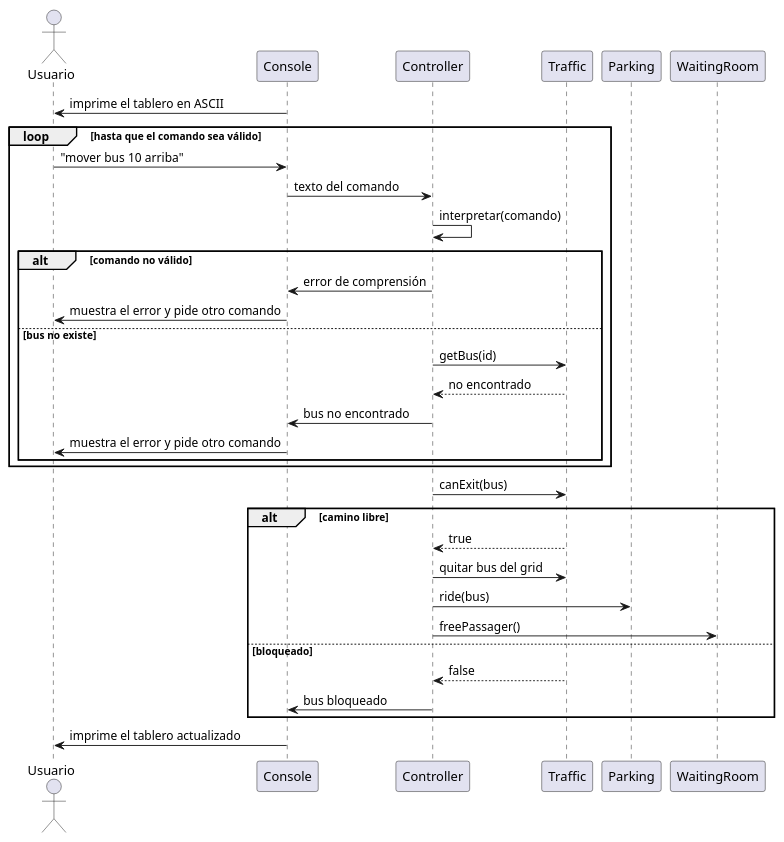
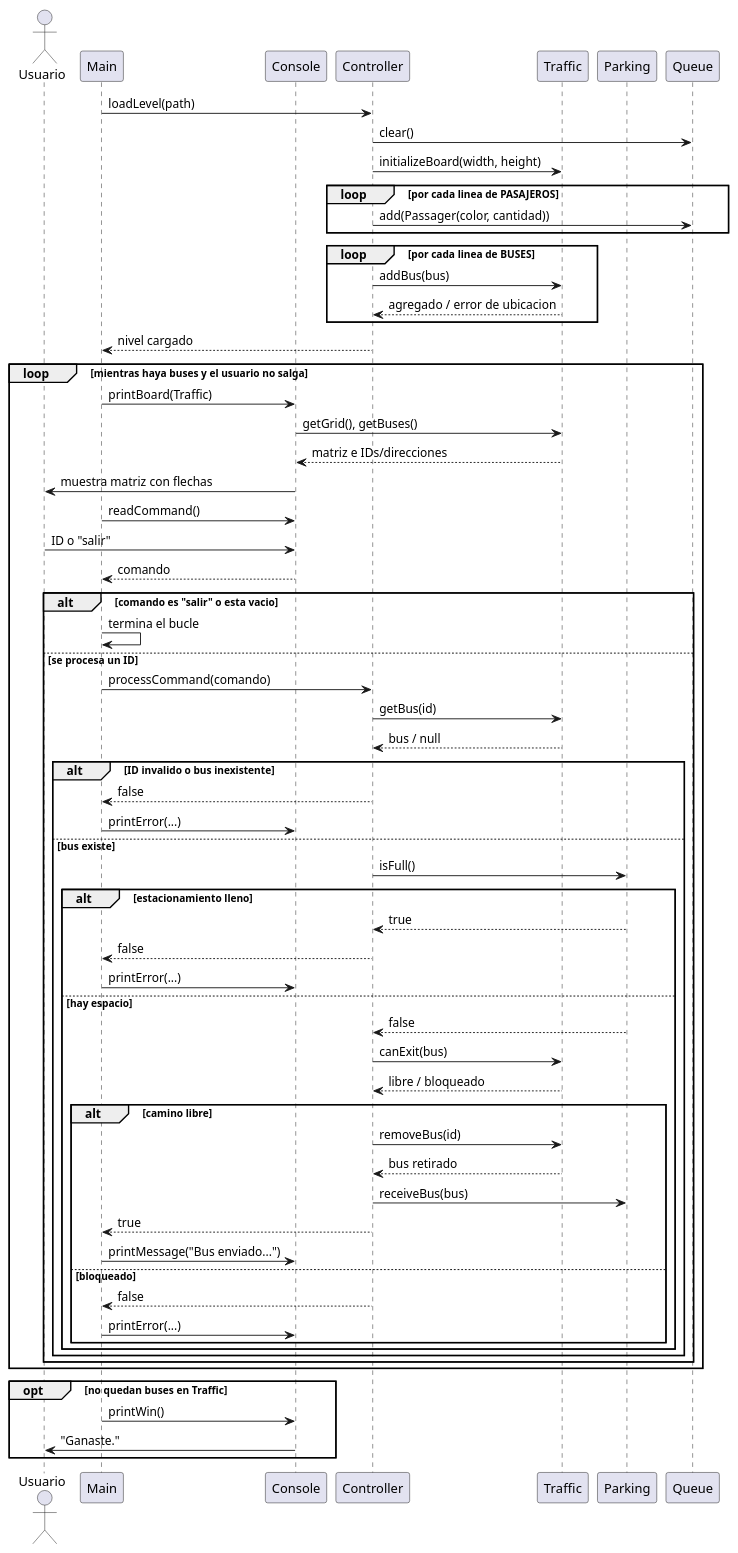
The diagram in diagramas/secuencia.puml (4l0nsoo/Busfever-proyectoPOO), drawn with PlantUML before and after one commit. The commit also changed 13 other files, not shown here.

```diff
--- a/diagramas/secuencia.puml
+++ b/diagramas/secuencia.puml
@@ -1,42 +1,73 @@
 @startuml secuencia
 
 actor Usuario
+participant Main
 participant Console
 participant Controller
 participant Traffic
 participant Parking
-participant WaitingRoom
+participant Queue
 
-Console -> Usuario : imprime el tablero en ASCII
+Main -> Controller : loadLevel(path)
+Controller -> Queue : clear()
+Controller -> Traffic : initializeBoard(width, height)
+loop por cada linea de PASAJEROS
+    Controller -> Queue : add(Passager(color, cantidad))
+end
+loop por cada linea de BUSES
+    Controller -> Traffic : addBus(bus)
+    Traffic --> Controller : agregado / error de ubicacion
+end
+Controller --> Main : nivel cargado
 
-loop hasta que el comando sea válido
-    Usuario -> Console : "mover bus 10 arriba"
-    Console -> Controller : texto del comando
-    Controller -> Controller : interpretar(comando)
+loop mientras haya buses y el usuario no salga
+    Main -> Console : printBoard(Traffic)
+    Console -> Traffic : getGrid(), getBuses()
+    Traffic --> Console : matriz e IDs/direcciones
+    Console -> Usuario : muestra matriz con flechas
+    Main -> Console : readCommand()
+    Usuario -> Console : ID o "salir"
+    Console --> Main : comando
 
-    alt comando no válido
-        Controller -> Console : error de comprensión
-        Console -> Usuario : muestra el error y pide otro comando
-    else bus no existe
+    alt comando es "salir" o esta vacio
+        Main -> Main : termina el bucle
+    else se procesa un ID
+        Main -> Controller : processCommand(comando)
         Controller -> Traffic : getBus(id)
-        Traffic --> Controller : no encontrado
-        Controller -> Console : bus no encontrado
-        Console -> Usuario : muestra el error y pide otro comando
+        Traffic --> Controller : bus / null
+
+        alt ID invalido o bus inexistente
+            Controller --> Main : false
+            Main -> Console : printError(...)
+        else bus existe
+            Controller -> Parking : isFull()
+            alt estacionamiento lleno
+                Parking --> Controller : true
+                Controller --> Main : false
+                Main -> Console : printError(...)
+            else hay espacio
+                Parking --> Controller : false
+                Controller -> Traffic : canExit(bus)
+                Traffic --> Controller : libre / bloqueado
+
+                alt camino libre
+                    Controller -> Traffic : removeBus(id)
+                    Traffic --> Controller : bus retirado
+                    Controller -> Parking : receiveBus(bus)
+                    Controller --> Main : true
+                    Main -> Console : printMessage("Bus enviado...")
+                else bloqueado
+                    Controller --> Main : false
+                    Main -> Console : printError(...)
+                end
+            end
+        end
     end
 end
 
-Controller -> Traffic : canExit(bus)
-
-alt camino libre
-    Traffic --> Controller : true
-    Controller -> Traffic : quitar bus del grid
-    Controller -> Parking : ride(bus)
-    Controller -> WaitingRoom : freePassager()
-else bloqueado
-    Traffic --> Controller : false
-    Controller -> Console : bus bloqueado
+opt no quedan buses en Traffic
+    Main -> Console : printWin()
+    Console -> Usuario : "Ganaste."
 end
 
-Console -> Usuario : imprime el tablero actualizado
-
 @enduml
```
